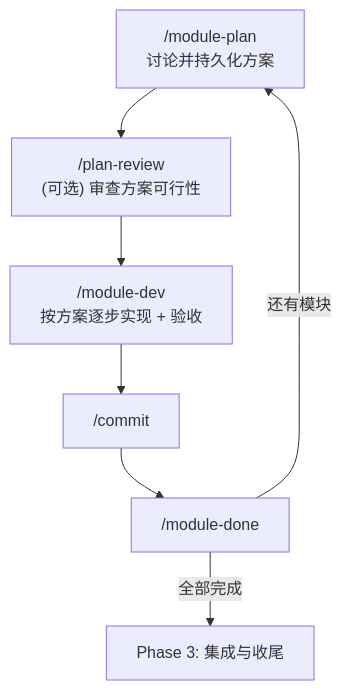
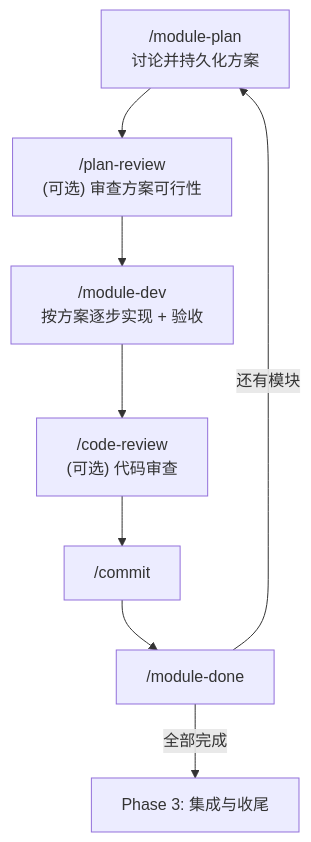
The second of 4 diagrams in WORKFLOW.md (shrekshrek/claude-agent-manual), drawn with Mermaid before and after one commit. The commit also changed other lines of this file and 2 other files, not shown here.

First line of the commit message:
feat: add Code Review Gate to /module-done

````diff
--- a/WORKFLOW.md
+++ b/WORKFLOW.md
@@ -257,9 +258,10 @@
 ```mermaid
 flowchart TD
     Start["/module-plan\n讨论并持久化方案"] --> Review["/plan-review\n(可选) 审查方案可行性"]
     Review --> Dev["/module-dev\n按方案逐步实现 + 验收"]
-    Dev --> Commit["/commit"]
+    Dev --> CR2["/code-review\n(可选) 代码审查"]
+    CR2 --> Commit["/commit"]
     Commit --> Done["/module-done"]
     Done -->|"还有模块"| Start
     Done -->|"全部完成"| P3["Phase 3: 集成与收尾"]
 ```
````
